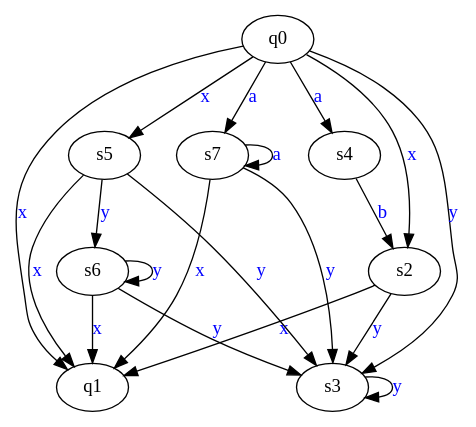
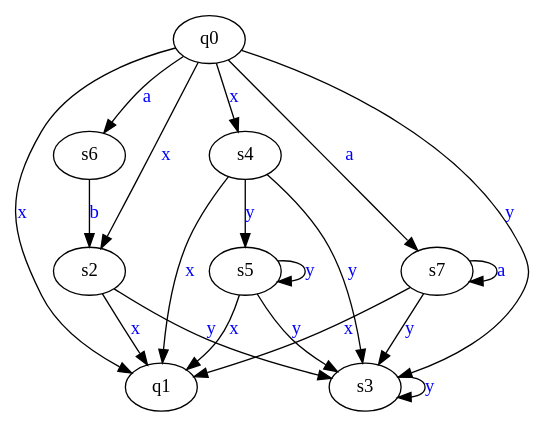
Before and after one commit to SmartPhoneJava/compiler-design: the diagram in assets/v3.dot, drawn with Graphviz. The commit also changed 17 other files, not shown here.

```diff
--- a/assets/v3.dot
+++ b/assets/v3.dot
@@ -1,30 +1,30 @@
 digraph G {
+	q0->s6[ label=<<font color="blue">a</font>> ];
+	q0->s2[ label=<<font color="blue">x</font>> ];
+	q0->q1[ label=<<font color="blue">x</font>> ];
+	s4->s3[ label=<<font color="blue">y</font>> ];
+	s4->q1[ label=<<font color="blue">x</font>> ];
+	s7->s3[ label=<<font color="blue">y</font>> ];
+	s7->s7[ label=<<font color="blue">a</font>> ];
 	s7->q1[ label=<<font color="blue">x</font>> ];
-	q0->s7[ label=<<font color="blue">a</font>> ];
+	s4->s5[ label=<<font color="blue">y</font>> ];
 	s2->q1[ label=<<font color="blue">x</font>> ];
-	s5->s6[ label=<<font color="blue">y</font>> ];
+	s2->s3[ label=<<font color="blue">y</font>> ];
 	s5->q1[ label=<<font color="blue">x</font>> ];
 	s5->s3[ label=<<font color="blue">y</font>> ];
-	q0->s5[ label=<<font color="blue">x</font>> ];
-	s6->q1[ label=<<font color="blue">x</font>> ];
-	s7->s7[ label=<<font color="blue">a</font>> ];
+	s5->s5[ label=<<font color="blue">y</font>> ];
+	s6->s2[ label=<<font color="blue">b</font>> ];
 	q0->s3[ label=<<font color="blue">y</font>> ];
-	q0->q1[ label=<<font color="blue">x</font>> ];
 	s3->s3[ label=<<font color="blue">y</font>> ];
-	q0->s4[ label=<<font color="blue">a</font>> ];
-	q0->s2[ label=<<font color="blue">x</font>> ];
-	s2->s3[ label=<<font color="blue">y</font>> ];
-	s4->s2[ label=<<font color="blue">b</font>> ];
-	s6->s3[ label=<<font color="blue">y</font>> ];
-	s6->s6[ label=<<font color="blue">y</font>> ];
-	s7->s3[ label=<<font color="blue">y</font>> ];
+	q0->s4[ label=<<font color="blue">x</font>> ];
+	q0->s7[ label=<<font color="blue">a</font>> ];
 	q0;
 	q1;
 	s2;
 	s3;
 	s4;
 	s5;
 	s6;
 	s7;
 
 }
```
